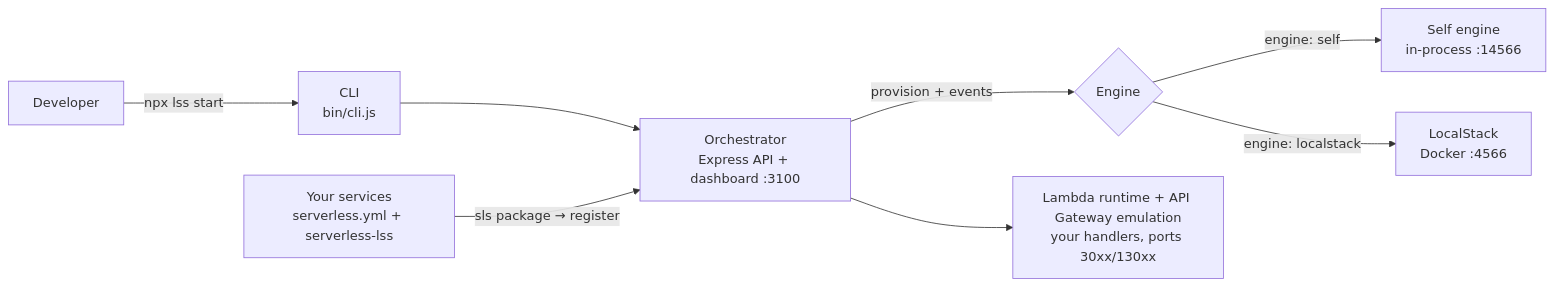
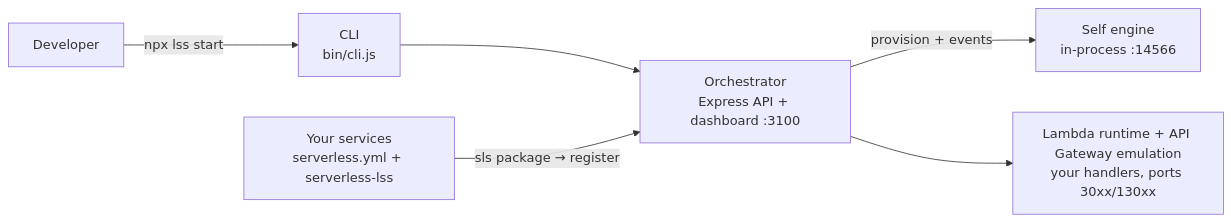
Before and after one commit to Viserion77/local-serverless-stack: the first of 4 diagrams in README.md, drawn with Mermaid. The commit also changed other lines of this file and 163 other files, not shown here.

First line of the commit message:
Refactor tests to replace LocalStackManager with EngineManager

````diff
--- a/README.md
+++ b/README.md
@@ -13,10 +13,8 @@
 ```mermaid
 flowchart LR
     DEV[Developer] -->|npx lss start| CLI[CLI<br/>bin/cli.js]
     CLI --> ORCH[Orchestrator<br/>Express API + dashboard :3100]
     SVC[Your services<br/>serverless.yml + serverless-lss] -->|sls package → register| ORCH
-    ORCH -->|provision + events| ENGINE{Engine}
-    ENGINE -->|"engine: self"| SELF[Self engine<br/>in-process :14566]
-    ENGINE -->|"engine: localstack"| LS[LocalStack<br/>Docker :4566]
+    ORCH -->|provision + events| SELF[Self engine<br/>in-process :14566]
     ORCH --> RT[Lambda runtime + API Gateway emulation<br/>your handlers, ports 30xx/130xx]
 ```
````
